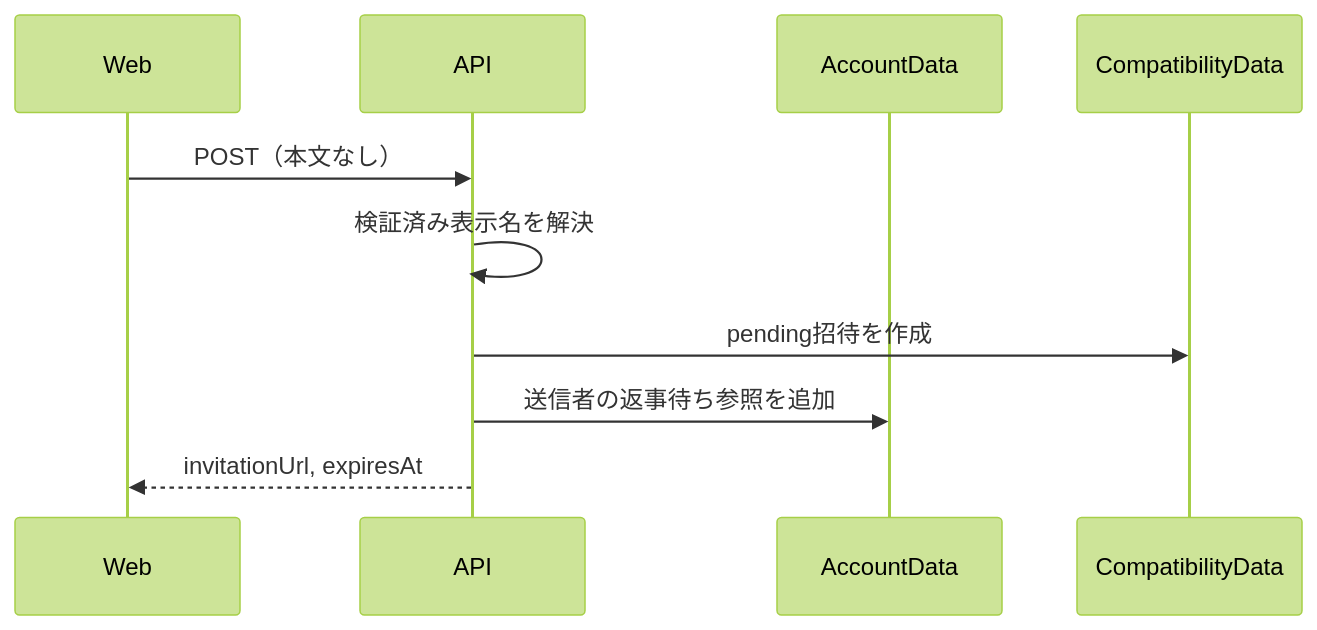
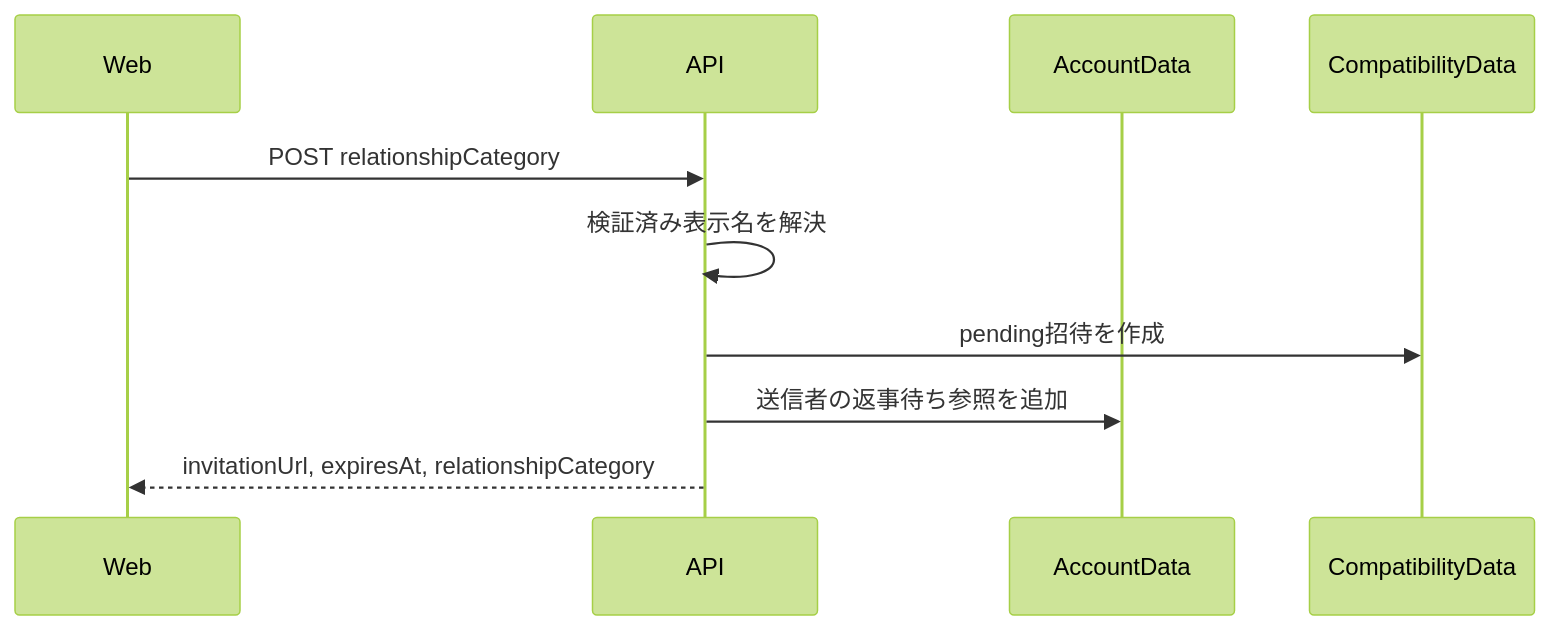
The second of 4 diagrams in docs/development/compatibility-api.md (kkyosuke/me-builder), drawn with Mermaid (forest theme) before and after one commit. The commit also changed other lines of this file and 59 other files, not shown here.

````diff
--- a/docs/development/compatibility-api.md
+++ b/docs/development/compatibility-api.md
@@ -85,12 +90,12 @@
 ```mermaid
 sequenceDiagram
     participant Web
     participant API
     participant AccountData
     participant CompatibilityData
-    Web->>API: POST（本文なし）
+    Web->>API: POST relationshipCategory
     API->>API: 検証済み表示名を解決
     API->>CompatibilityData: pending招待を作成
     API->>AccountData: 送信者の返事待ち参照を追加
-    API-->>Web: invitationUrl, expiresAt
+    API-->>Web: invitationUrl, expiresAt, relationshipCategory
 ```
````
